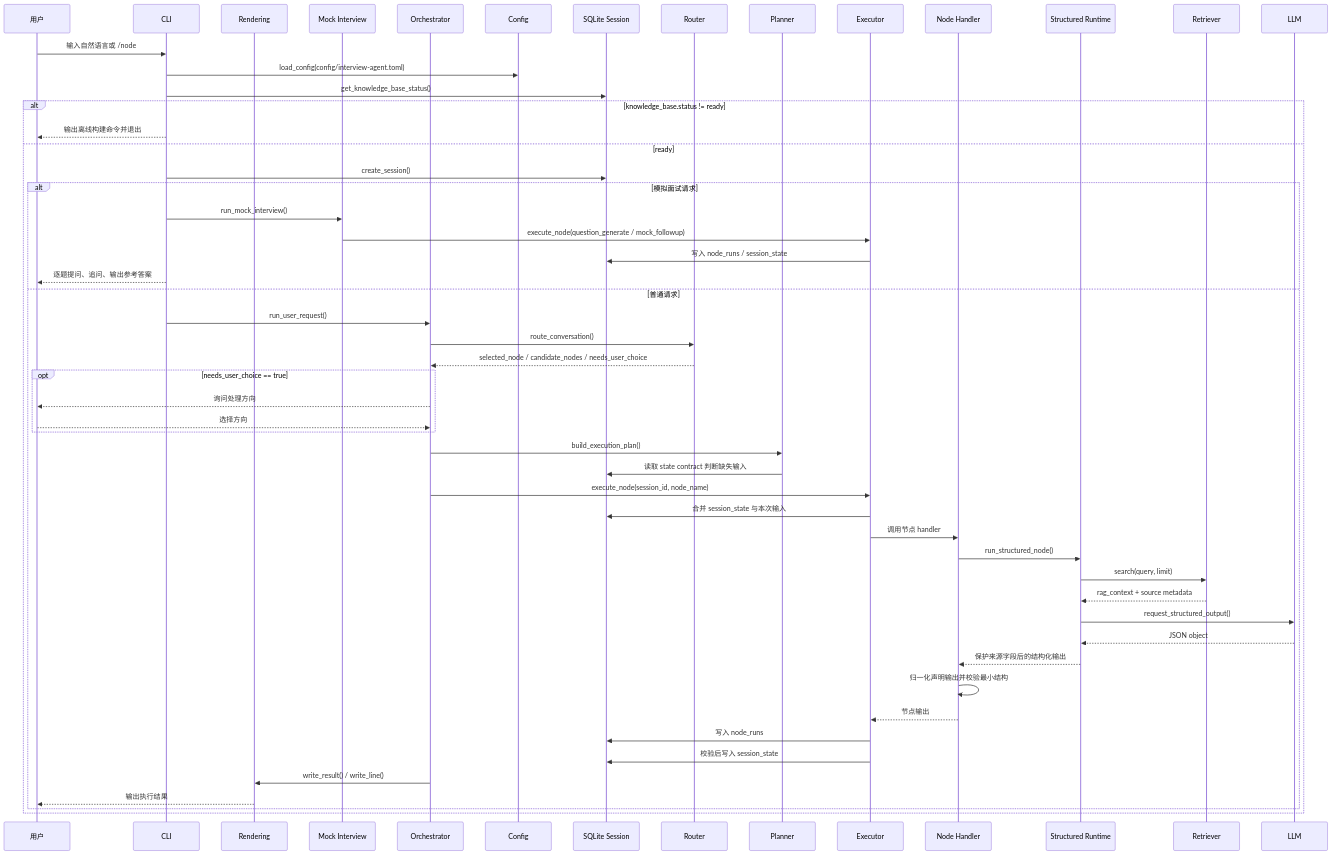
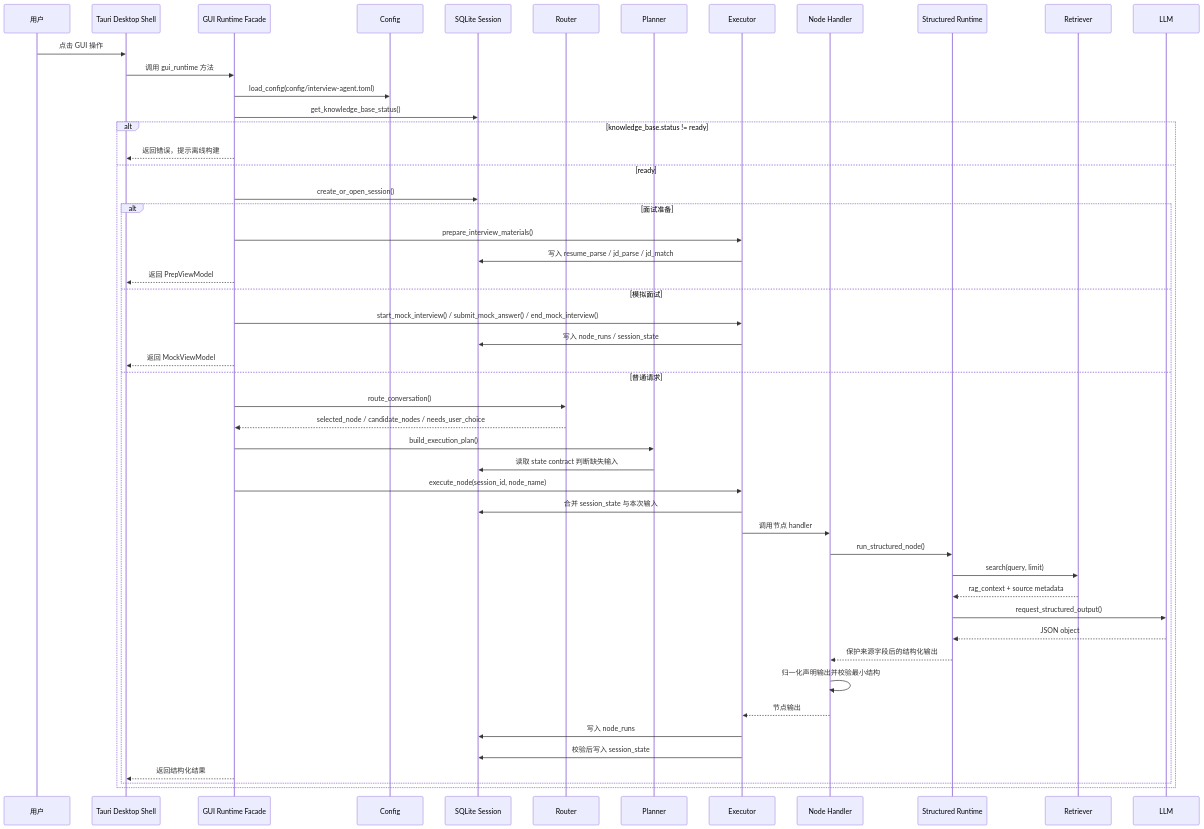
One commit to kaomianjin2/resume-agent changed the second of 4 diagrams in docs/architecture.md. Above: the diagram before and after it, drawn with Mermaid. The commit also changed other lines of this file and 24 other files, not shown here.

````diff
--- a/docs/architecture.md
+++ b/docs/architecture.md
@@ -104,57 +95,53 @@
 ```mermaid
 sequenceDiagram
     participant U as 用户
-    participant CLI as CLI
-    participant G as Rendering
-    participant M as Mock Interview
-    participant O as Orchestrator
+    participant DS as Tauri Desktop Shell
+    participant GR as GUI Runtime Facade
     participant C as Config
     participant S as SQLite Session
     participant R as Router
     participant P as Planner
     participant E as Executor
     participant N as Node Handler
     participant A as Structured Runtime
     participant K as Retriever
     participant L as LLM
 
-    U->>CLI: 输入自然语言或 /node
-    CLI->>C: load_config(config/interview-agent.toml)
-    CLI->>S: get_knowledge_base_status()
+    U->>DS: 点击 GUI 操作
+    DS->>GR: 调用 gui_runtime 方法
+    GR->>C: load_config(config/interview-agent.toml)
+    GR->>S: get_knowledge_base_status()
     alt knowledge_base.status != ready
-        CLI-->>U: 输出离线构建命令并退出
+        GR-->>DS: 返回错误，提示离线构建
     else ready
-        CLI->>S: create_session()
-        alt 模拟面试请求
-            CLI->>M: run_mock_interview()
-            M->>E: execute_node(question_generate / mock_followup)
+        GR->>S: create_or_open_session()
+        alt 面试准备
+            GR->>E: prepare_interview_materials()
+            E->>S: 写入 resume_parse / jd_parse / jd_match
+            GR-->>DS: 返回 PrepViewModel
+        else 模拟面试
+            GR->>E: start_mock_interview() / submit_mock_answer() / end_mock_interview()
             E->>S: 写入 node_runs / session_state
-            CLI-->>U: 逐题提问、追问、输出参考答案
+            GR-->>DS: 返回 MockViewModel
         else 普通请求
-            CLI->>O: run_user_request()
-            O->>R: route_conversation()
-            R-->>O: selected_node / candidate_nodes / needs_user_choice
-            opt needs_user_choice == true
-                O-->>U: 询问处理方向
-                U-->>O: 选择方向
-            end
-            O->>P: build_execution_plan()
+            GR->>R: route_conversation()
+            R-->>GR: selected_node / candidate_nodes / needs_user_choice
+            GR->>P: build_execution_plan()
             P->>S: 读取 state contract 判断缺失输入
-            O->>E: execute_node(session_id, node_name)
+            GR->>E: execute_node(session_id, node_name)
             E->>S: 合并 session_state 与本次输入
             E->>N: 调用节点 handler
             N->>A: run_structured_node()
             A->>K: search(query, limit)
             K-->>A: rag_context + source metadata
             A->>L: request_structured_output()
             L-->>A: JSON object
             A-->>N: 保护来源字段后的结构化输出
             N->>N: 归一化声明输出并校验最小结构
             N-->>E: 节点输出
             E->>S: 写入 node_runs
             E->>S: 校验后写入 session_state
-            O->>G: write_result() / write_line()
-            G-->>U: 输出执行结果
+            GR-->>DS: 返回结构化结果
         end
     end
 ```
````
